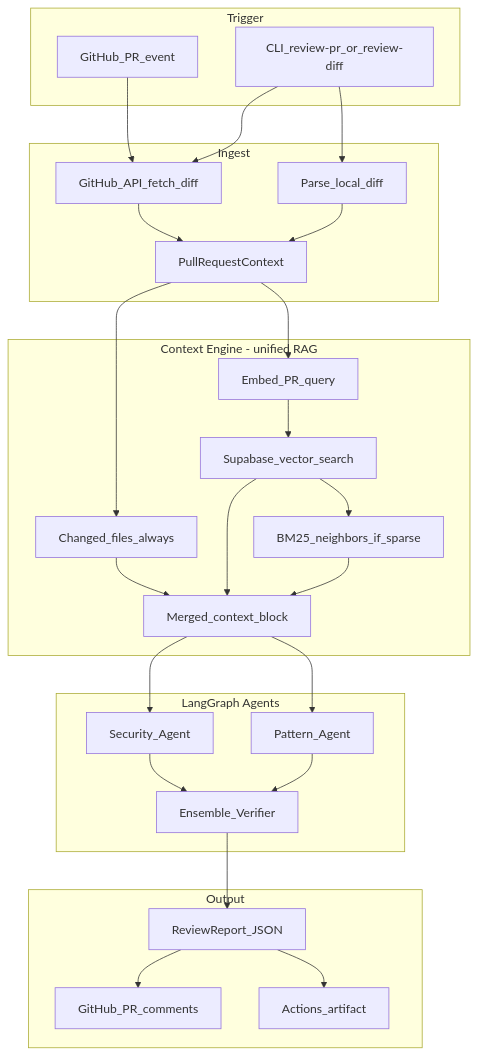
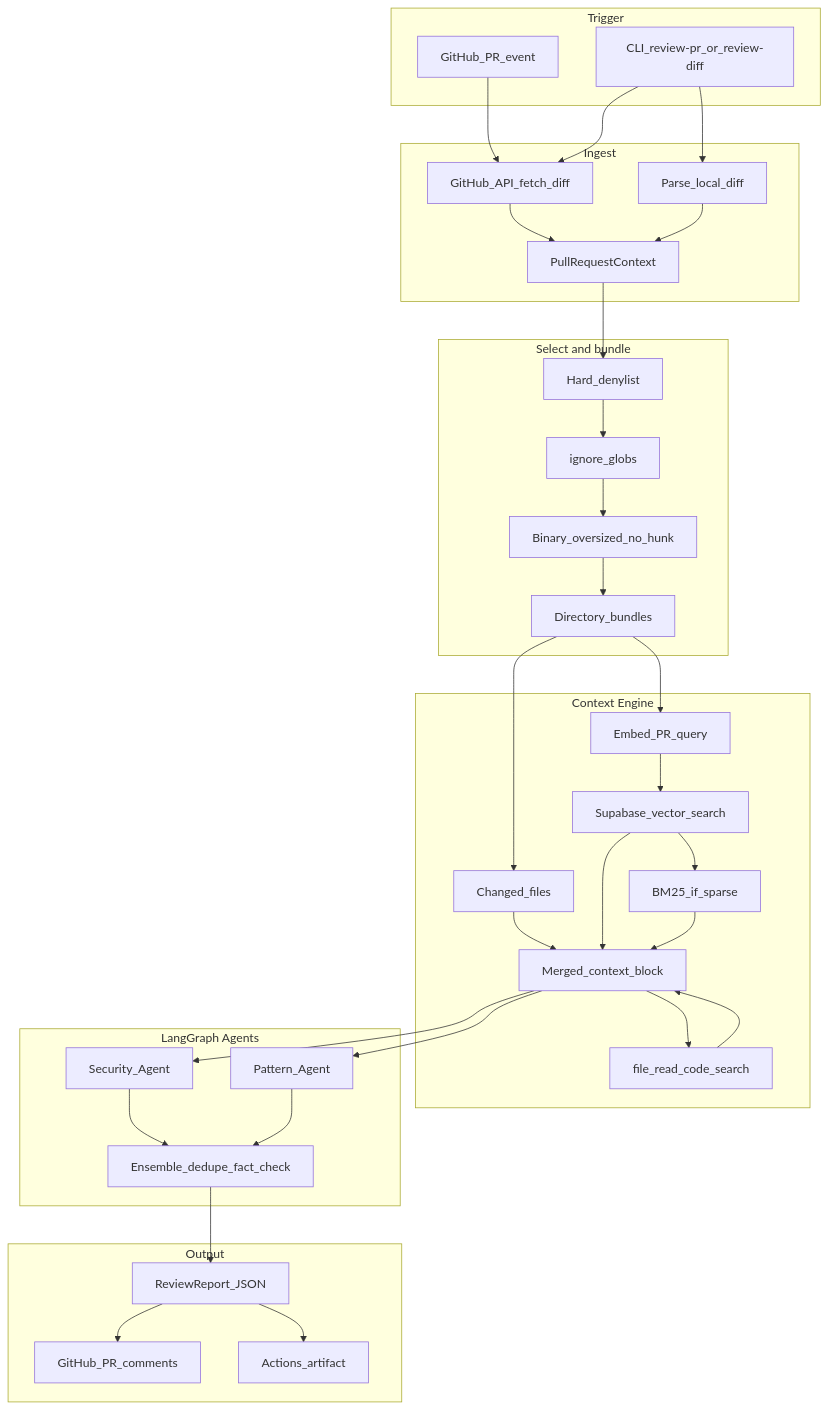
The fifth of 7 diagrams in README.md (cipheraxat/codereviewer_agent), drawn with Mermaid before and after one commit. The commit also changed other lines of this file, not shown here.

First line of the commit message:
docs: document v0.5.2 OCR harness and architecture.

````diff
--- a/README.md
+++ b/README.md
@@ -111,53 +125,63 @@
 ```mermaid
 flowchart TD
   subgraph trigger [Trigger]
     prEvent[GitHub_PR_event]
     cli[CLI_review-pr_or_review-diff]
   end
 
   subgraph ingest [Ingest]
     ghApi[GitHub_API_fetch_diff]
     parseDiff[Parse_local_diff]
     prCtx[PullRequestContext]
   end
 
-  subgraph context [Context Engine - unified RAG]
-    changed[Changed_files_always]
+  subgraph select [Select and bundle]
+    deny[Hard_denylist]
+    ignore[ignore_globs]
+    gates[Binary_oversized_no_hunk]
+    bundles[Directory_bundles]
+  end
+
+  subgraph context [Context Engine]
+    changed[Changed_files]
     query[Embed_PR_query]
     vectorSearch[Supabase_vector_search]
-    bm25Fallback[BM25_neighbors_if_sparse]
+    bm25Fallback[BM25_if_sparse]
+    tools[file_read_code_search]
     mergeCtx[Merged_context_block]
   end
 
   subgraph agents [LangGraph Agents]
     sec[Security_Agent]
     pat[Pattern_Agent]
-    ens[Ensemble_Verifier]
+    ens[Ensemble_dedupe_fact_check]
   end
 
   subgraph output [Output]
     report[ReviewReport_JSON]
     ghReview[GitHub_PR_comments]
     artifact[Actions_artifact]
   end
 
   prEvent --> ghApi
   cli --> ghApi
   cli --> parseDiff
   ghApi --> prCtx
   parseDiff --> prCtx
 
-  prCtx --> changed
-  prCtx --> query --> vectorSearch
+  prCtx --> deny --> ignore --> gates --> bundles
+  bundles --> changed
+  bundles --> query --> vectorSearch
   changed --> mergeCtx
   vectorSearch --> mergeCtx
   vectorSearch --> bm25Fallback --> mergeCtx
+  mergeCtx --> tools --> mergeCtx
 
   mergeCtx --> sec
   mergeCtx --> pat
   sec --> ens
   pat --> ens
   ens --> report
   report --> ghReview
   report --> artifact
 ```
````
